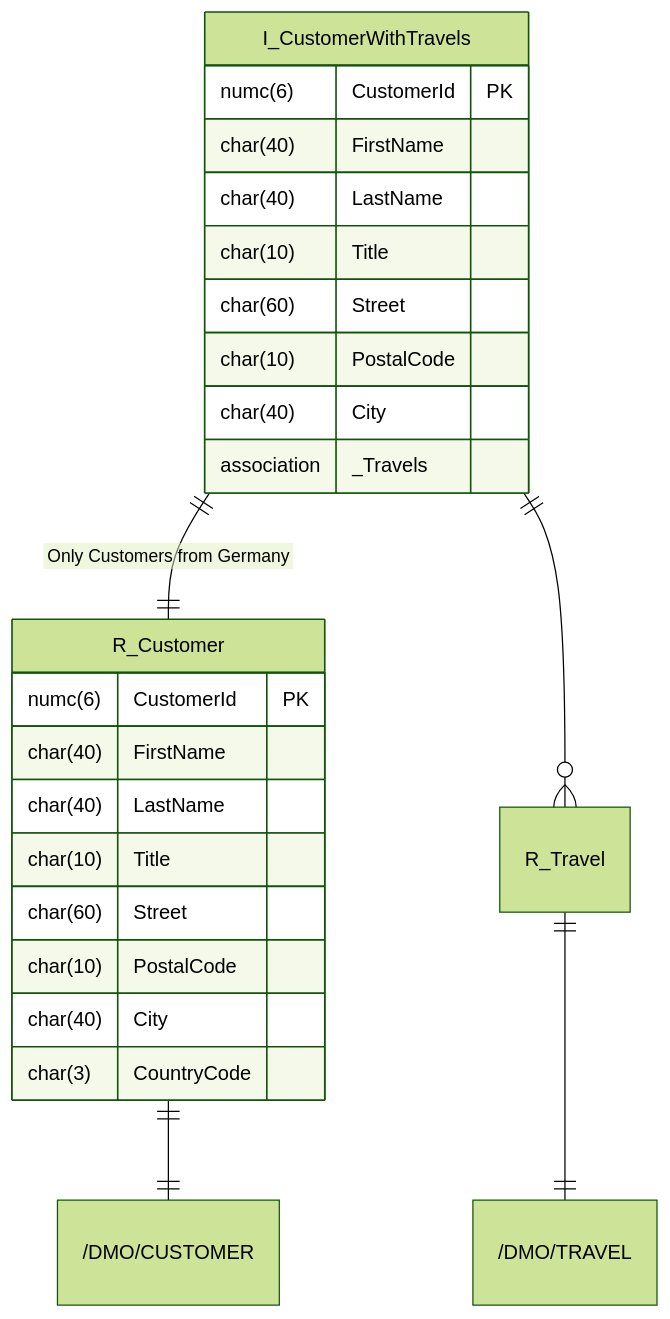
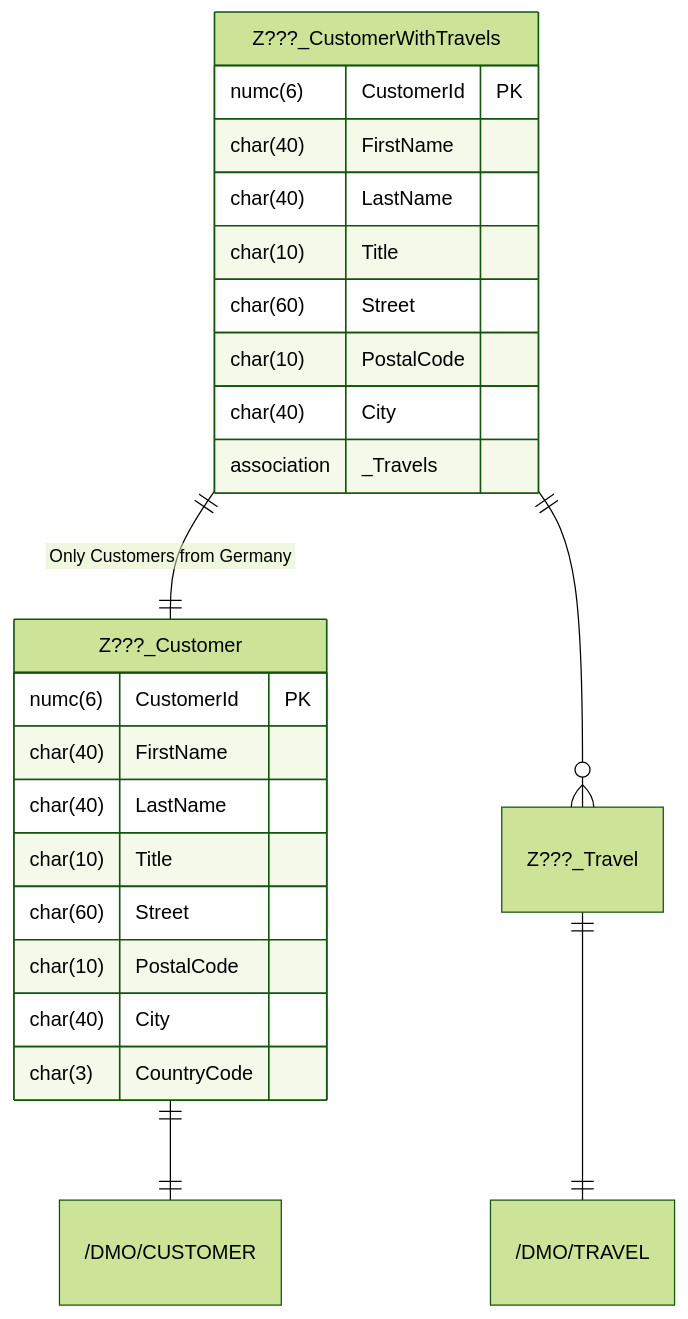
One commit to appenmaier/s4hana changed the diagram in docs/exercises/abap-cds/abap-cds-07.md. Above: the diagram before and after it, drawn with Mermaid (forest theme). The commit also changed other lines of this file and 38 other files, not shown here.

````diff
--- a/docs/exercises/abap-cds/abap-cds-07.md
+++ b/docs/exercises/abap-cds/abap-cds-07.md
@@ -11,30 +11,30 @@
 ```mermaid
 erDiagram
 
-    R_Customer ||--|| "/DMO/CUSTOMER" : ""
-    R_Travel ||--|| "/DMO/TRAVEL" : ""
-    I_CustomerWithTravels ||--|| R_Customer : "Only Customers from Germany"
-    I_CustomerWithTravels ||--o{ R_Travel : ""
+    "Z???_Customer" ||--|| "/DMO/CUSTOMER" : ""
+    "Z???_Travel" ||--|| "/DMO/TRAVEL" : ""
+    "Z???_CustomerWithTravels" ||--|| "Z???_Customer" : "Only Customers from Germany"
+    "Z???_CustomerWithTravels" ||--o{ "Z???_Travel" : ""
 
-    I_CustomerWithTravels {
+    "Z???_CustomerWithTravels" {
         numc(6) CustomerId PK
         char(40) FirstName
         char(40) LastName
         char(10) Title
         char(60) Street
         char(10) PostalCode
         char(40) City
         association _Travels
     }
 
-    R_Customer {
+    "Z???_Customer" {
         numc(6) CustomerId PK
         char(40) FirstName
         char(40) LastName
         char(10) Title
         char(60) Street
         char(10) PostalCode
         char(40) City
         char(3) CountryCode
     }
 ```
````
